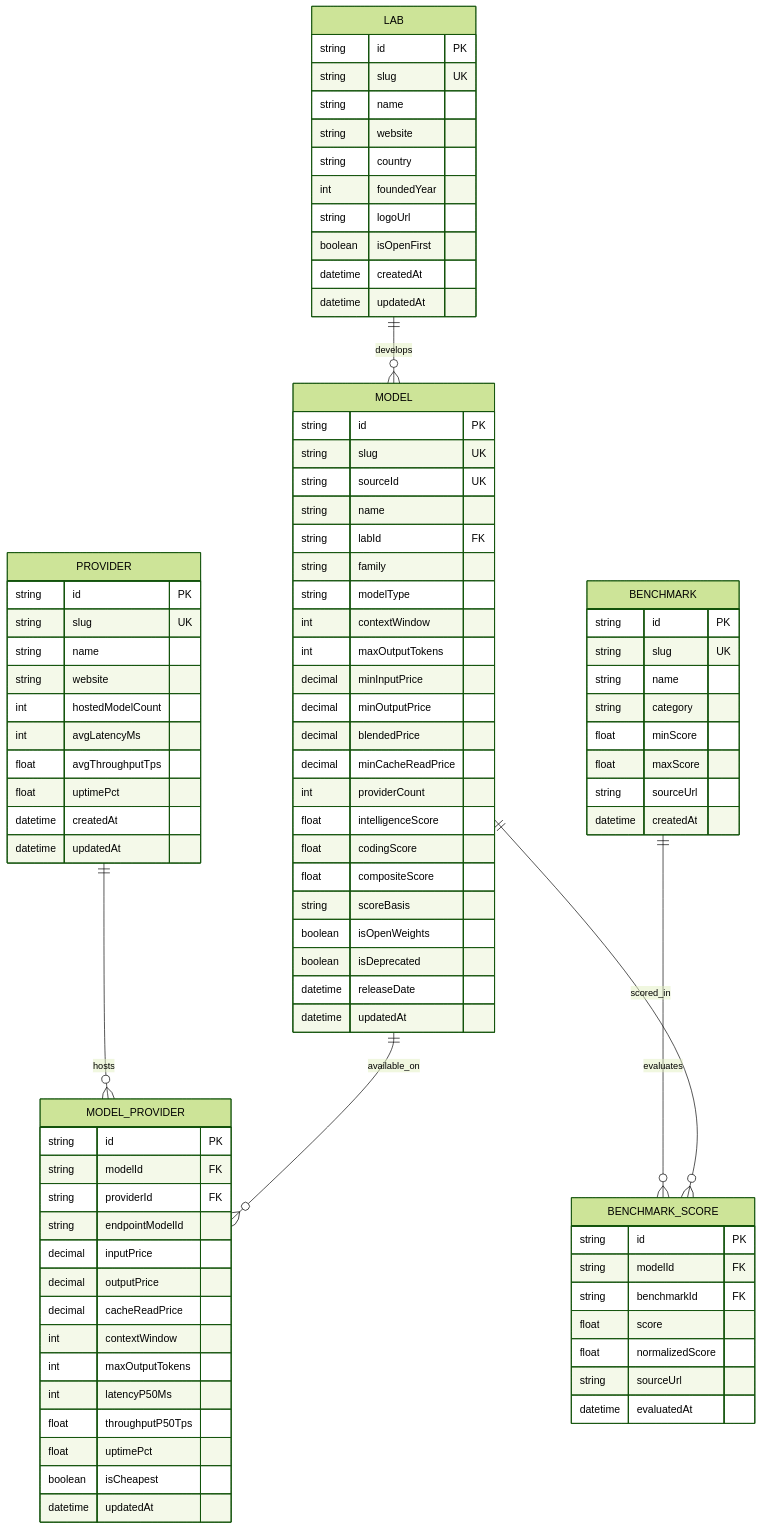
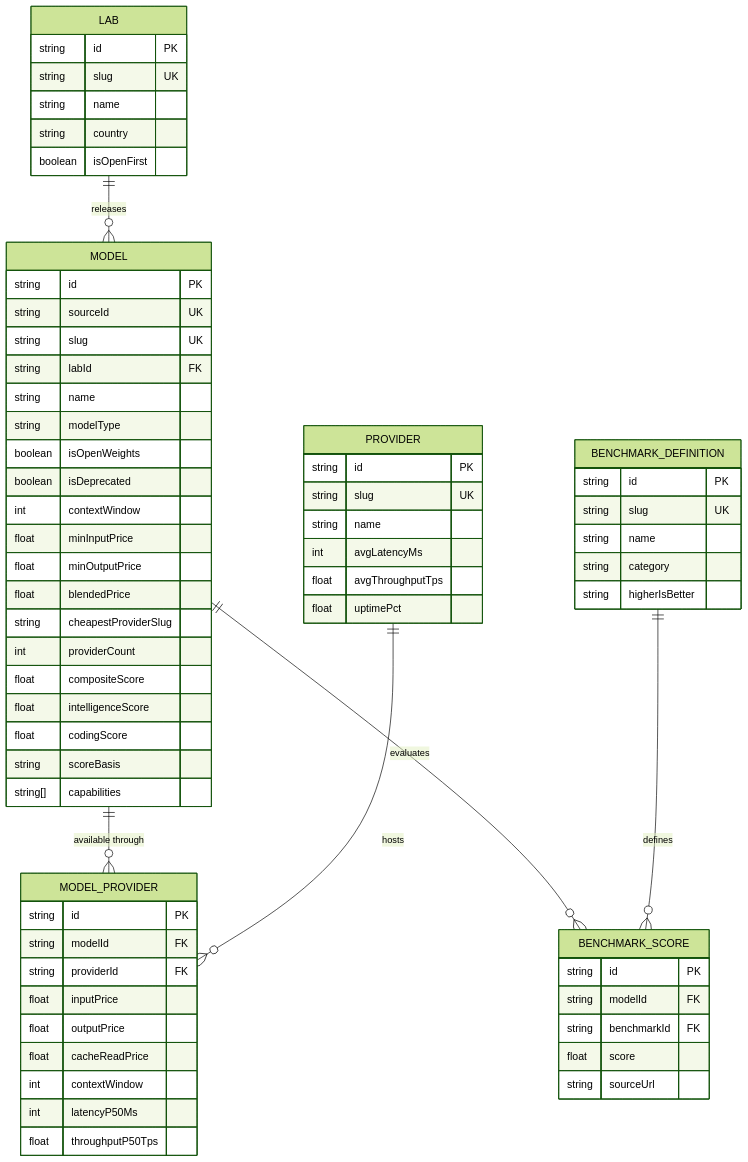
Before and after one commit to adarshthakur9240/oneatlas: the fifth of 24 diagrams in README.md, drawn with Mermaid (forest theme). The commit also changed other lines of this file and 22 other files, not shown here.

Commit message:
docs: comprehensive README with diagrams, architecture, decisions and challenges

````diff
--- a/README.md
+++ b/README.md
@@ -101,97 +342,70 @@
 ```mermaid
 erDiagram
-    LAB ||--o{ MODEL : "develops"
+    LAB ||--o{ MODEL : "releases"
+    MODEL ||--o{ MODEL_PROVIDER : "available through"
     PROVIDER ||--o{ MODEL_PROVIDER : "hosts"
-    MODEL ||--o{ MODEL_PROVIDER : "available_on"
-    BENCHMARK ||--o{ BENCHMARK_SCORE : "evaluates"
-    MODEL ||--o{ BENCHMARK_SCORE : "scored_in"
+    MODEL ||--o{ BENCHMARK_SCORE : "evaluates"
+    BENCHMARK_DEFINITION ||--o{ BENCHMARK_SCORE : "defines"
 
     LAB {
         string id PK
         string slug UK
         string name
-        string website
         string country
-        int foundedYear
-        string logoUrl
         boolean isOpenFirst
-        datetime createdAt
-        datetime updatedAt
     }
-
     MODEL {
         string id PK
+        string sourceId UK
         string slug UK
-        string sourceId UK
+        string labId FK
         string name
-        string labId FK
-        string family
         string modelType
+        boolean isOpenWeights
+        boolean isDeprecated
         int contextWindow
-        int maxOutputTokens
-        decimal minInputPrice
-        decimal minOutputPrice
-        decimal blendedPrice
-        decimal minCacheReadPrice
+        float minInputPrice
+        float minOutputPrice
+        float blendedPrice
+        string cheapestProviderSlug
         int providerCount
+        float compositeScore
         float intelligenceScore
         float codingScore
-        float compositeScore
         string scoreBasis
-        boolean isOpenWeights
-        boolean isDeprecated
-        datetime releaseDate
-        datetime updatedAt
+        string[] capabilities
     }
-
     PROVIDER {
         string id PK
         string slug UK
         string name
-        string website
-        int hostedModelCount
         int avgLatencyMs
         float avgThroughputTps
         float uptimePct
-        datetime createdAt
-        datetime updatedAt
     }
-
     MODEL_PROVIDER {
         string id PK
         string modelId FK
         string providerId FK
-        string endpointModelId
-        decimal inputPrice
-        decimal outputPrice
-        decimal cacheReadPrice
+        float inputPrice
+        float outputPrice
+        float cacheReadPrice
         int contextWindow
-        int maxOutputTokens
         int latencyP50Ms
         float throughputP50Tps
-        float uptimePct
-        boolean isCheapest
-        datetime updatedAt
     }
-
-    BENCHMARK {
+    BENCHMARK_DEFINITION {
         string id PK
         string slug UK
         string name
         string category
-        float minScore
-        float maxScore
-        string sourceUrl
-        datetime createdAt
+        string higherIsBetter
     }
-
     BENCHMARK_SCORE {
         string id PK
         string modelId FK
         string benchmarkId FK
         float score
-        float normalizedScore
         string sourceUrl
-        datetime evaluatedAt
     }
 ```
````
